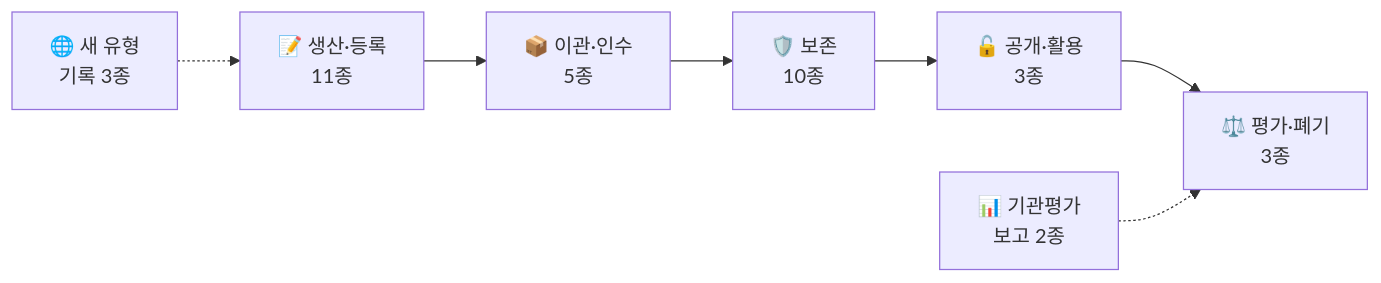
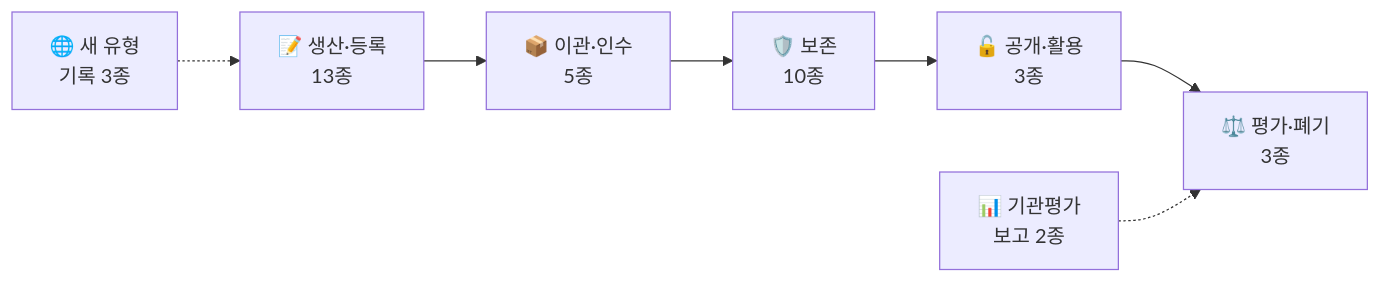
The first of 2 diagrams in README.md (changgi/archive-bm-tools), drawn with Mermaid before and after one commit. The commit also changed other lines of this file and 18 other files, not shown here.

````diff
--- a/README.md
+++ b/README.md
@@ -58,9 +58,9 @@
 ```mermaid
 flowchart LR
-    A["📝 생산·등록<br/>11종"] --> B["📦 이관·인수<br/>5종"]
+    A["📝 생산·등록<br/>13종"] --> B["📦 이관·인수<br/>5종"]
     B --> C["🛡️ 보존<br/>10종"]
     C --> D["🔓 공개·활용<br/>3종"]
     D --> E["⚖️ 평가·폐기<br/>3종"]
     N["🌐 새 유형<br/>기록 3종"] -.-> A
     R["📊 기관평가<br/>보고 2종"] -.-> E
 ```
````
